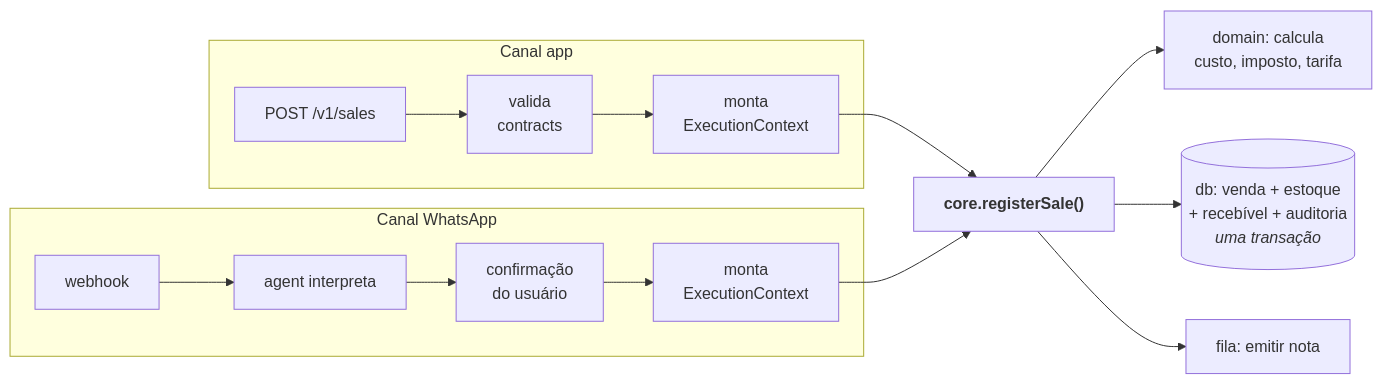
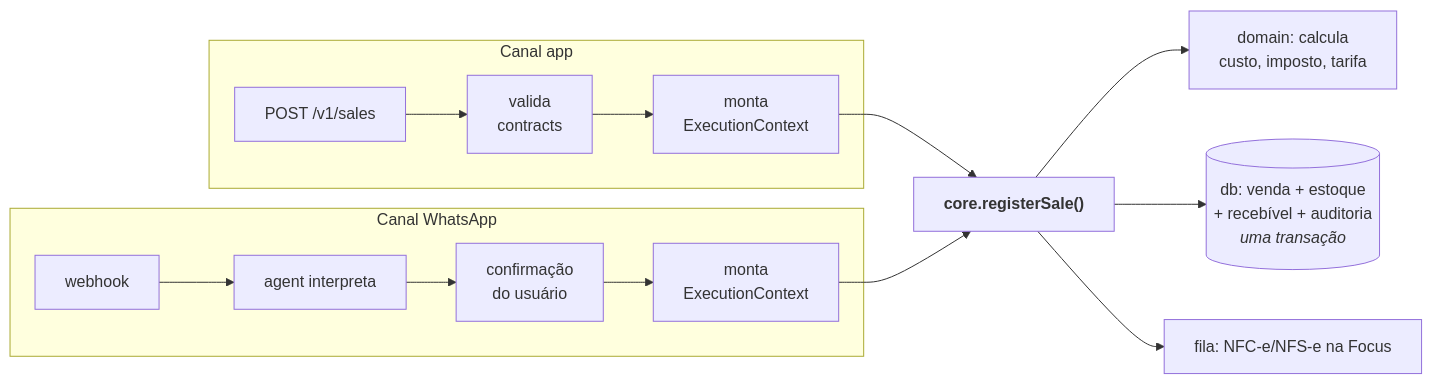
One commit to glevi2004/na-regua changed the third of 3 diagrams in docs/arquitetura/visao-geral.md. Above: the diagram before and after it, drawn with Mermaid. The commit also changed other lines of this file and 73 other files, not shown here.

First line of the commit message:
feat(db): materializar schema enxuto com rls e satelites de integracao

````diff
--- a/docs/arquitetura/visao-geral.md
+++ b/docs/arquitetura/visao-geral.md
@@ -134,14 +129,14 @@
 ```mermaid
 flowchart LR
     subgraph app["Canal app"]
         A1["POST /v1/sales"] --> A2["valida<br/>contracts"] --> A3["monta<br/>ExecutionContext"]
     end
     subgraph wpp["Canal WhatsApp"]
         W1["webhook"] --> W2["agent interpreta"] --> W3["confirmação<br/>do usuário"] --> W4["monta<br/>ExecutionContext"]
     end
     A3 --> UC["<b>core.registerSale()</b>"]
     W4 --> UC
     UC --> D["domain: calcula<br/>custo, imposto, tarifa"]
     UC --> DB[("db: venda + estoque<br/>+ recebível + auditoria<br/><i>uma transação</i>")]
-    UC --> Q["fila: emitir nota"]
+    UC --> Q["fila: NFC-e/NFS-e na Focus"]
 ```
````
